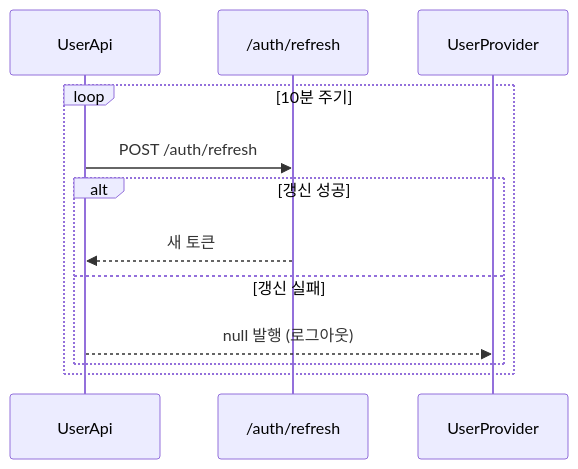
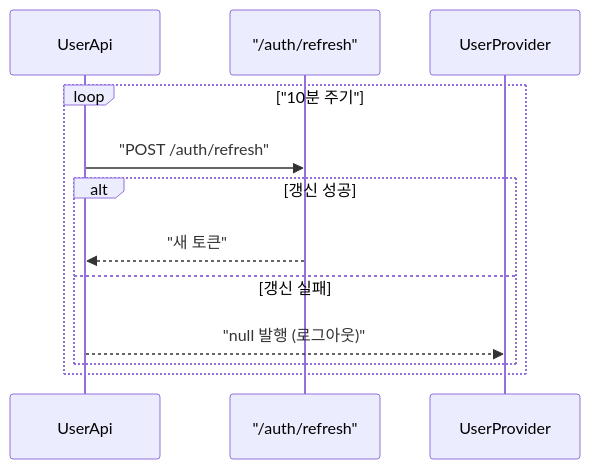
The fifth of 7 diagrams in shell-ui/USECASE.md (sayaya1090/handbook), drawn with Mermaid before and after one commit. The commit also changed other lines of this file and 22 other files, not shown here.

First line of the commit message:
docs: Mermaid 다이어그램 렌더링 오류 수정을 위한 구문 전수 교정

````diff
--- a/shell-ui/USECASE.md
+++ b/shell-ui/USECASE.md
@@ -103,15 +103,15 @@
 ```mermaid
 sequenceDiagram
     participant UA as UserApi
-    participant Auth as /auth/refresh
+    participant Auth as "/auth/refresh"
     participant UP as UserProvider
 
-    loop 10분 주기
-        UA->>Auth: POST /auth/refresh
+    loop "10분 주기"
+        UA->>Auth: "POST /auth/refresh"
         alt 갱신 성공
-            Auth-->>UA: 새 토큰
+            Auth-->>UA: "새 토큰"
         else 갱신 실패
-            UA-->>UP: null 발행 (로그아웃)
+            UA-->>UP: "null 발행 (로그아웃)"
         end
     end
 ```
````
